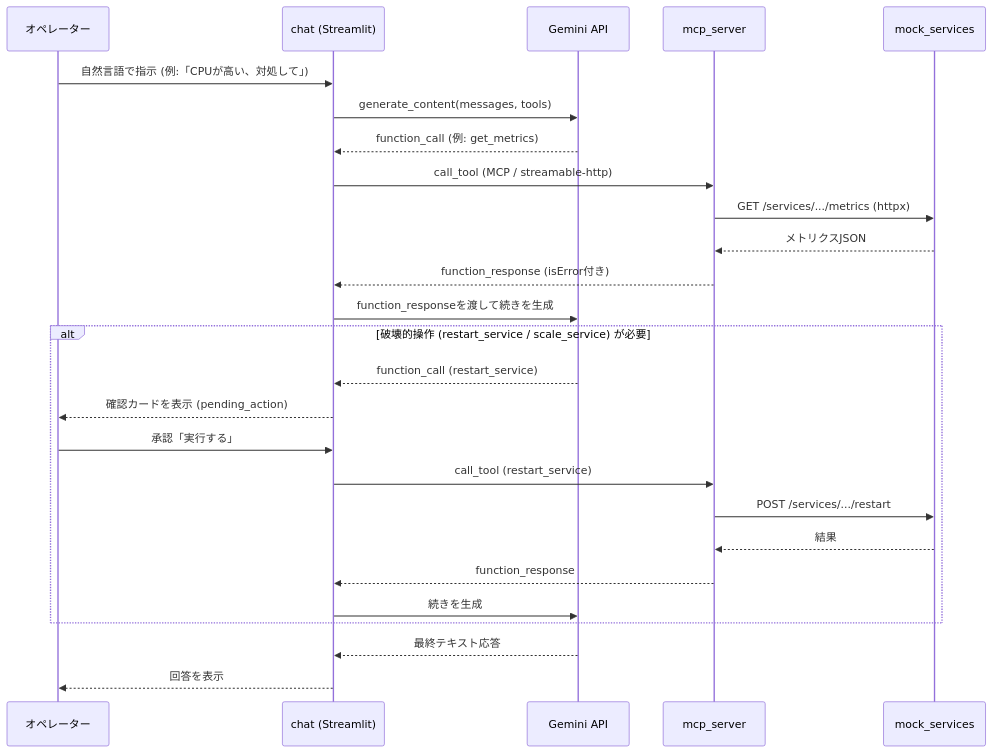
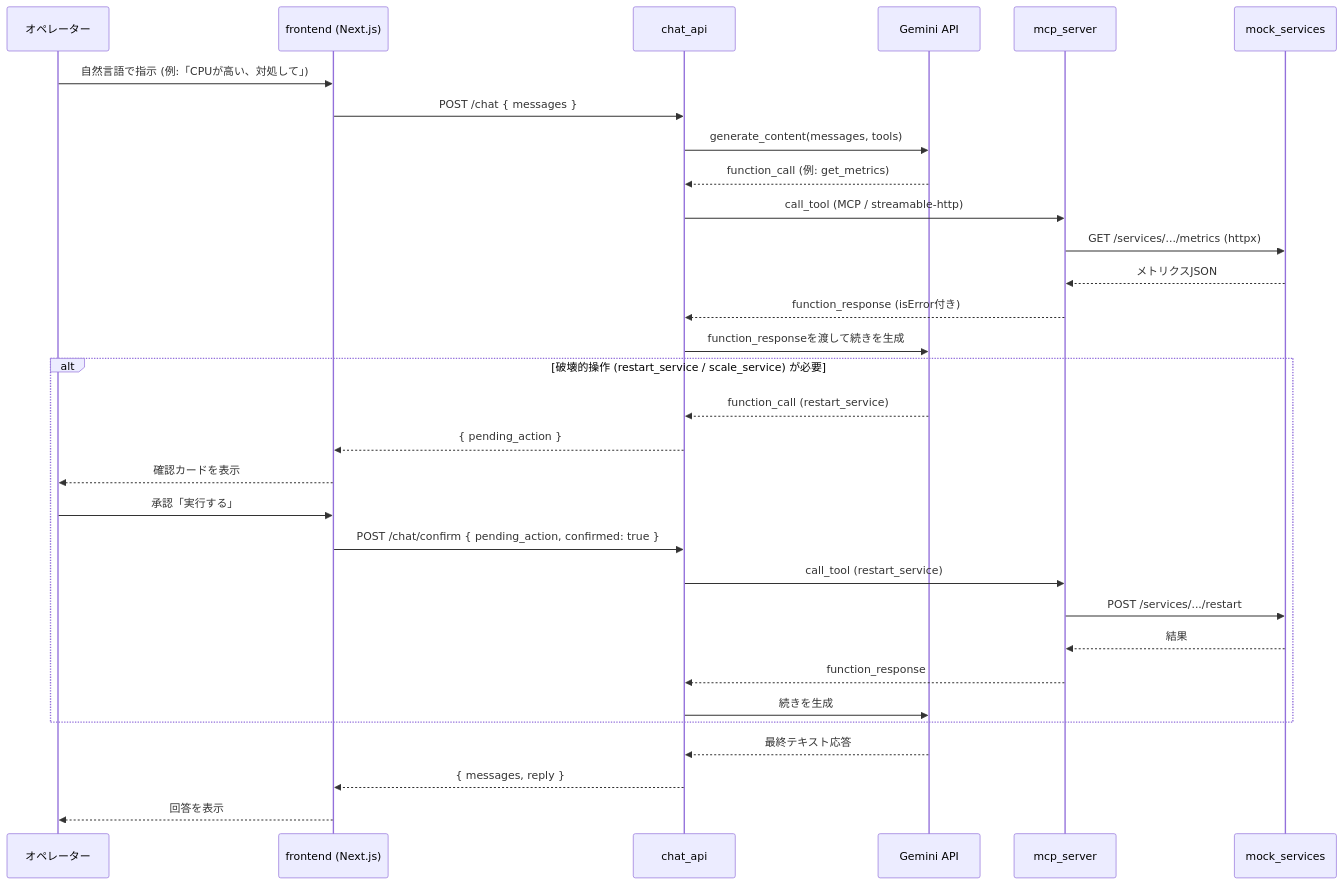
One commit to fumi0217/ai-ops-agent changed the second of 2 diagrams in README.md. Above: the diagram before and after it, drawn with Mermaid. The commit also changed other lines of this file and 45 other files, not shown here.

First line of the commit message:
feat: migrate chat UI from Streamlit to Next.js

````diff
--- a/README.md
+++ b/README.md
@@ -62,31 +70,36 @@
 ```mermaid
 sequenceDiagram
     participant Op as オペレーター
-    participant UI as chat (Streamlit)
+    participant UI as frontend (Next.js)
+    participant API as chat_api
     participant Gemini as Gemini API
     participant MCP as mcp_server
     participant Mock as mock_services
 
     Op->>UI: 自然言語で指示 (例:「CPUが高い、対処して」)
-    UI->>Gemini: generate_content(messages, tools)
-    Gemini-->>UI: function_call (例: get_metrics)
-    UI->>MCP: call_tool (MCP / streamable-http)
+    UI->>API: POST /chat { messages }
+    API->>Gemini: generate_content(messages, tools)
+    Gemini-->>API: function_call (例: get_metrics)
+    API->>MCP: call_tool (MCP / streamable-http)
     MCP->>Mock: GET /services/.../metrics (httpx)
     Mock-->>MCP: メトリクスJSON
-    MCP-->>UI: function_response (isError付き)
-    UI->>Gemini: function_responseを渡して続きを生成
+    MCP-->>API: function_response (isError付き)
+    API->>Gemini: function_responseを渡して続きを生成
 
     alt 破壊的操作 (restart_service / scale_service) が必要
-        Gemini-->>UI: function_call (restart_service)
-        UI-->>Op: 確認カードを表示 (pending_action)
+        Gemini-->>API: function_call (restart_service)
+        API-->>UI: { pending_action }
+        UI-->>Op: 確認カードを表示
         Op->>UI: 承認「実行する」
-        UI->>MCP: call_tool (restart_service)
+        UI->>API: POST /chat/confirm { pending_action, confirmed: true }
+        API->>MCP: call_tool (restart_service)
         MCP->>Mock: POST /services/.../restart
         Mock-->>MCP: 結果
-        MCP-->>UI: function_response
-        UI->>Gemini: 続きを生成
+        MCP-->>API: function_response
+        API->>Gemini: 続きを生成
     end
 
-    Gemini-->>UI: 最終テキスト応答
+    Gemini-->>API: 最終テキスト応答
+    API-->>UI: { messages, reply }
     UI-->>Op: 回答を表示
 ```
````
